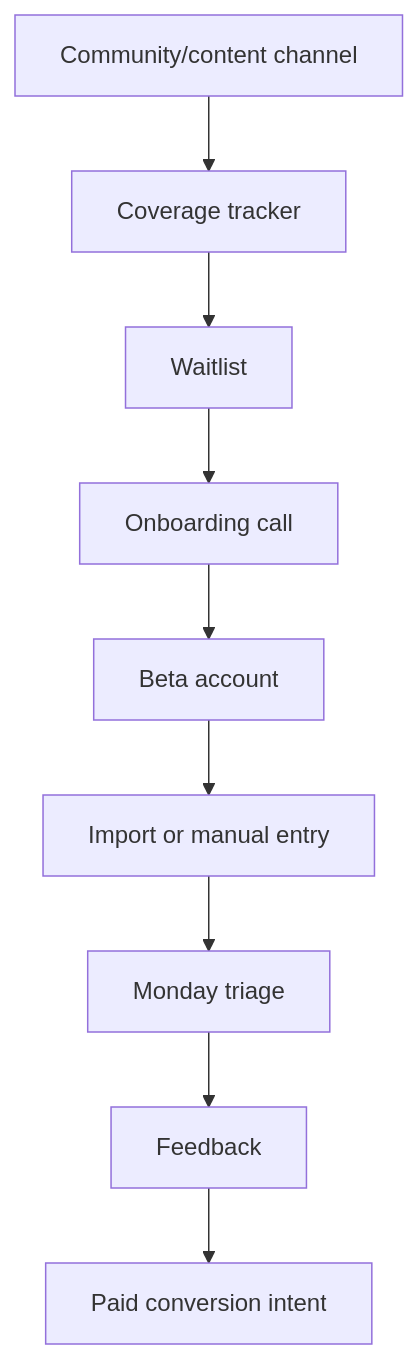
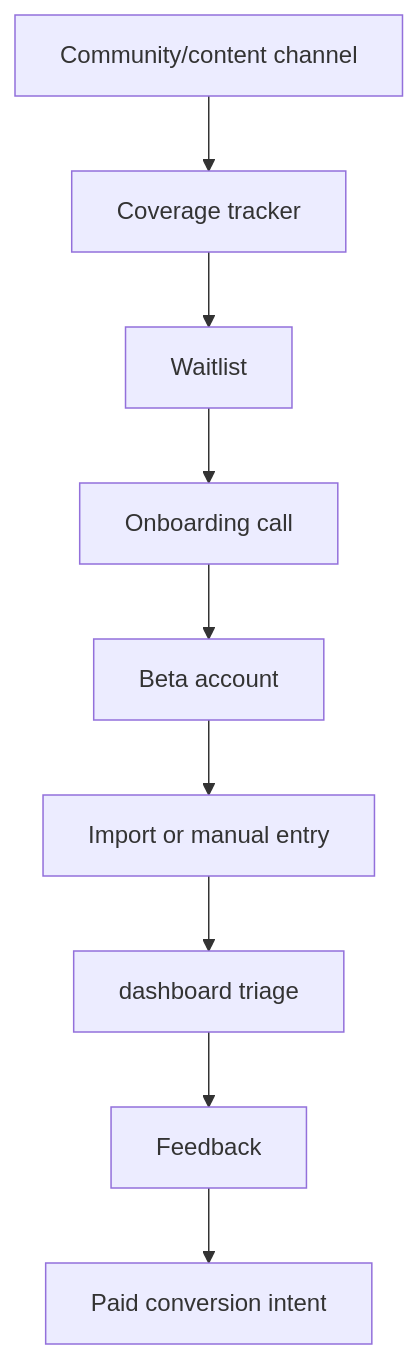
One commit to Yessenia-d/DueDateHQ changed the diagram in specs/gtm.md. Above: the diagram before and after it, drawn with Mermaid. The commit also changed other lines of this file and 52 other files, not shown here.

Commit message:
chore: rename monday triage dashboard

````diff
--- a/specs/gtm.md
+++ b/specs/gtm.md
@@ -18,11 +18,11 @@
 ```mermaid
 flowchart TD
   A[Community/content channel] --> B[Coverage tracker]
   B --> C[Waitlist]
   C --> D[Onboarding call]
   D --> E[Beta account]
   E --> F[Import or manual entry]
-  F --> G[Monday triage]
+  F --> G[dashboard triage]
   G --> H[Feedback]
   H --> I[Paid conversion intent]
 ```
````
